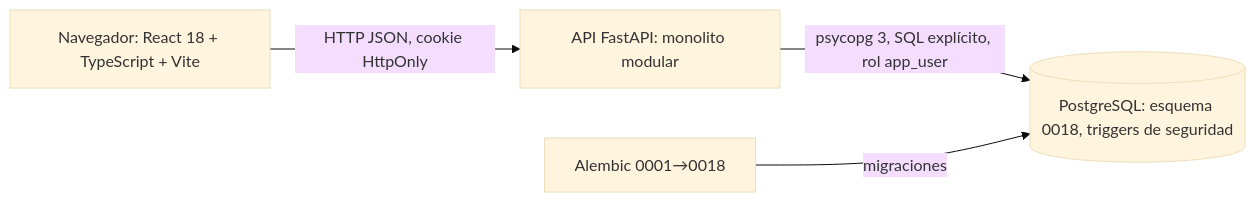
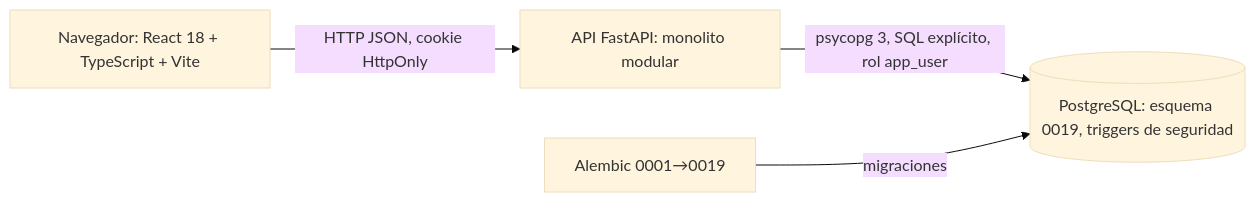
Before and after one commit to maxtrosy/internship-lifecycle-platform: the second of 3 diagrams in evaluacion-4/docs/arquitectura-y-adrs/arquitectura-final.md, drawn with Mermaid (base theme). The commit also changed other lines of this file and 45 other files, not shown here.

````diff
--- a/evaluacion-4/docs/arquitectura-y-adrs/arquitectura-final.md
+++ b/evaluacion-4/docs/arquitectura-y-adrs/arquitectura-final.md
@@ -23,6 +23,6 @@
 ```mermaid
 flowchart LR
   B[Navegador: React 18 + TypeScript + Vite] -->|HTTP JSON, cookie HttpOnly| A[API FastAPI: monolito modular]
-  A -->|psycopg 3, SQL explícito, rol app_user| P[(PostgreSQL: esquema 0018, triggers de seguridad)]
-  M[Alembic 0001→0018] -->|migraciones| P
+  A -->|psycopg 3, SQL explícito, rol app_user| P[(PostgreSQL: esquema 0019, triggers de seguridad)]
+  M[Alembic 0001→0019] -->|migraciones| P
 ```
````
